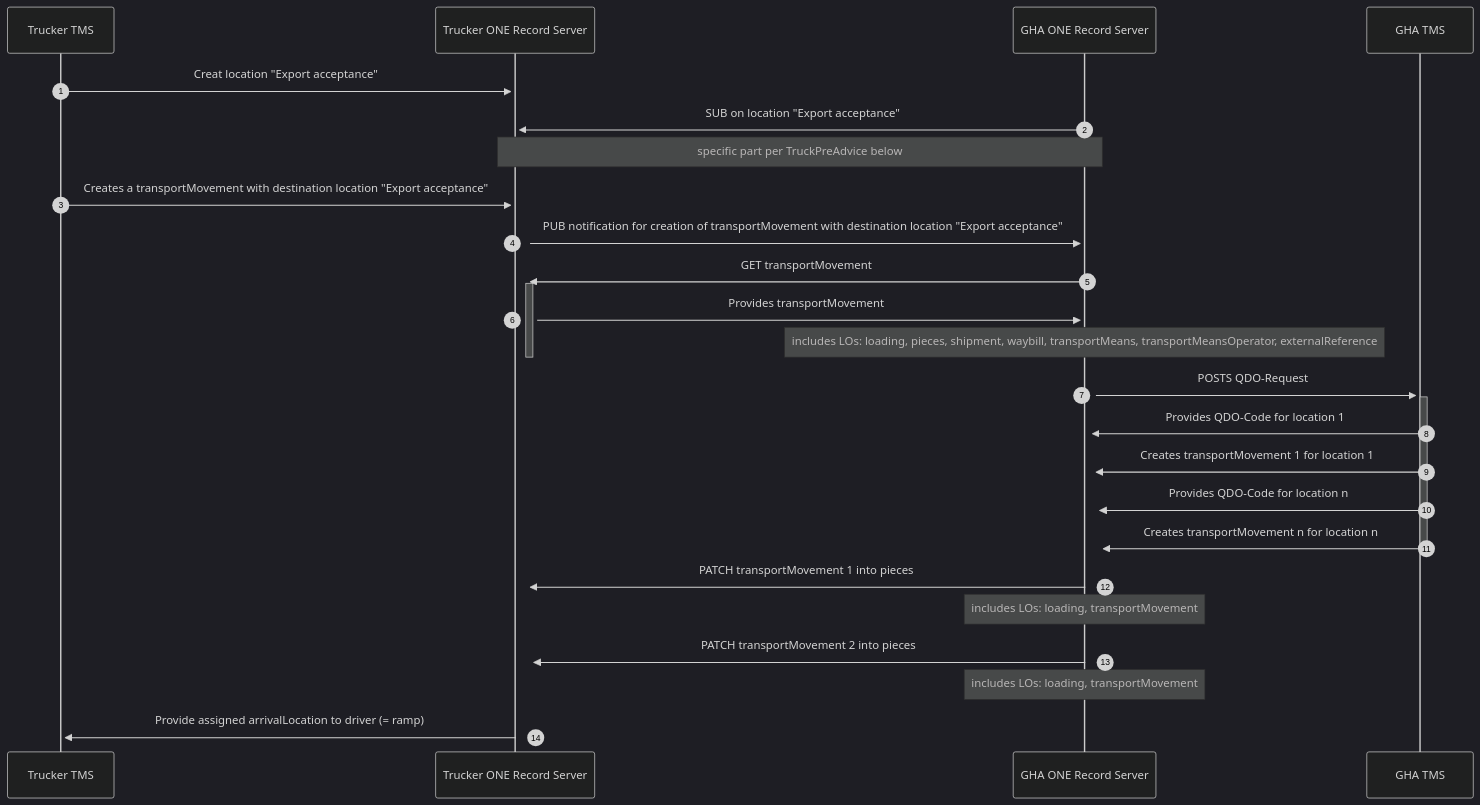
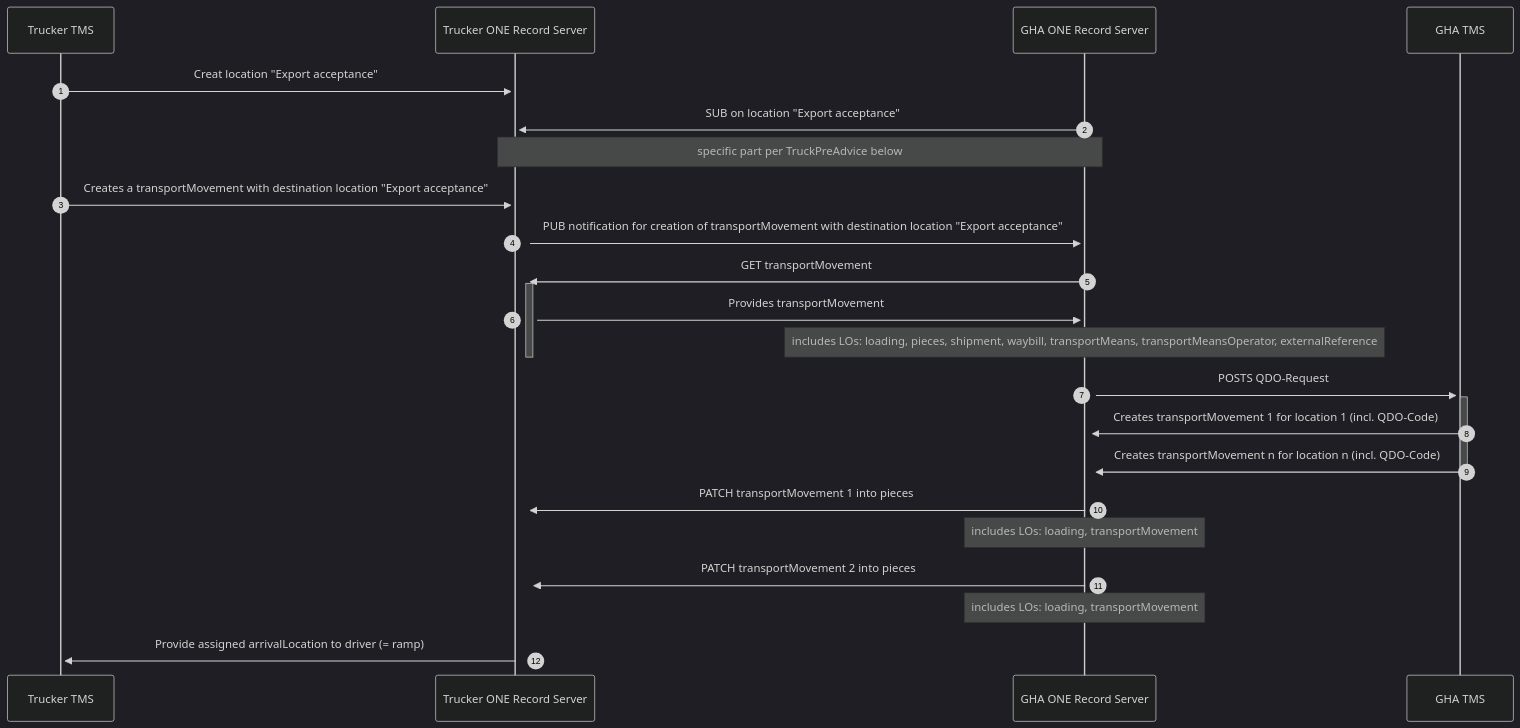
Before and after one commit to digital-cargo/good-practice-truck-preadvice: the diagram in README.md, drawn with Mermaid (dark theme).

````diff
--- a/README.md
+++ b/README.md
@@ -95,31 +95,29 @@
 ```mermaid
 sequenceDiagram
     participant Trucker TMS
     participant Trucker ONE Record Server
     participant GHA ONE Record Server
     participant GHA TMS
     autonumber
     Trucker TMS->>+Trucker ONE Record Server: Creat location "Export acceptance"
     GHA ONE Record Server->>+Trucker ONE Record Server: SUB on location "Export acceptance"
     note over Trucker ONE Record Server, GHA ONE Record Server: specific part per TruckPreAdvice below
     Trucker TMS->>+Trucker ONE Record Server: Creates a transportMovement with destination location "Export acceptance"
     Trucker ONE Record Server->>+GHA ONE Record Server: PUB notification for creation of transportMovement with destination location "Export acceptance"
     activate Trucker ONE Record Server
         GHA ONE Record Server->>+ Trucker ONE Record Server: GET transportMovement
         Trucker ONE Record Server->>+ GHA ONE Record Server: Provides transportMovement
         note over GHA ONE Record Server: includes LOs: loading, pieces, shipment, waybill, transportMeans, transportMeansOperator, externalReference
     deactivate Trucker ONE Record Server
     activate GHA TMS
         GHA ONE Record Server->>+GHA TMS: POSTS QDO-Request
-        GHA TMS->>+GHA ONE Record Server: Provides QDO-Code for location 1
-        GHA TMS->>+GHA ONE Record Server: Creates transportMovement 1 for location 1
-        GHA TMS->>+GHA ONE Record Server: Provides QDO-Code for location n
-        GHA TMS->>+GHA ONE Record Server: Creates transportMovement n for location n
+        GHA TMS->>+GHA ONE Record Server: Creates transportMovement 1 for location 1 (incl. QDO-Code)
+        GHA TMS->>+GHA ONE Record Server: Creates transportMovement n for location n (incl. QDO-Code)
     deactivate GHA TMS
     GHA ONE Record Server->>+ Trucker ONE Record Server: PATCH transportMovement 1 into pieces
     note over GHA ONE Record Server: includes LOs: loading, transportMovement
     GHA ONE Record Server->>+ Trucker ONE Record Server: PATCH transportMovement 2 into pieces
     note over GHA ONE Record Server: includes LOs: loading, transportMovement
     Trucker ONE Record Server ->>+Trucker TMS: Provide assigned arrivalLocation to driver (= ramp)
 
 ```
````
